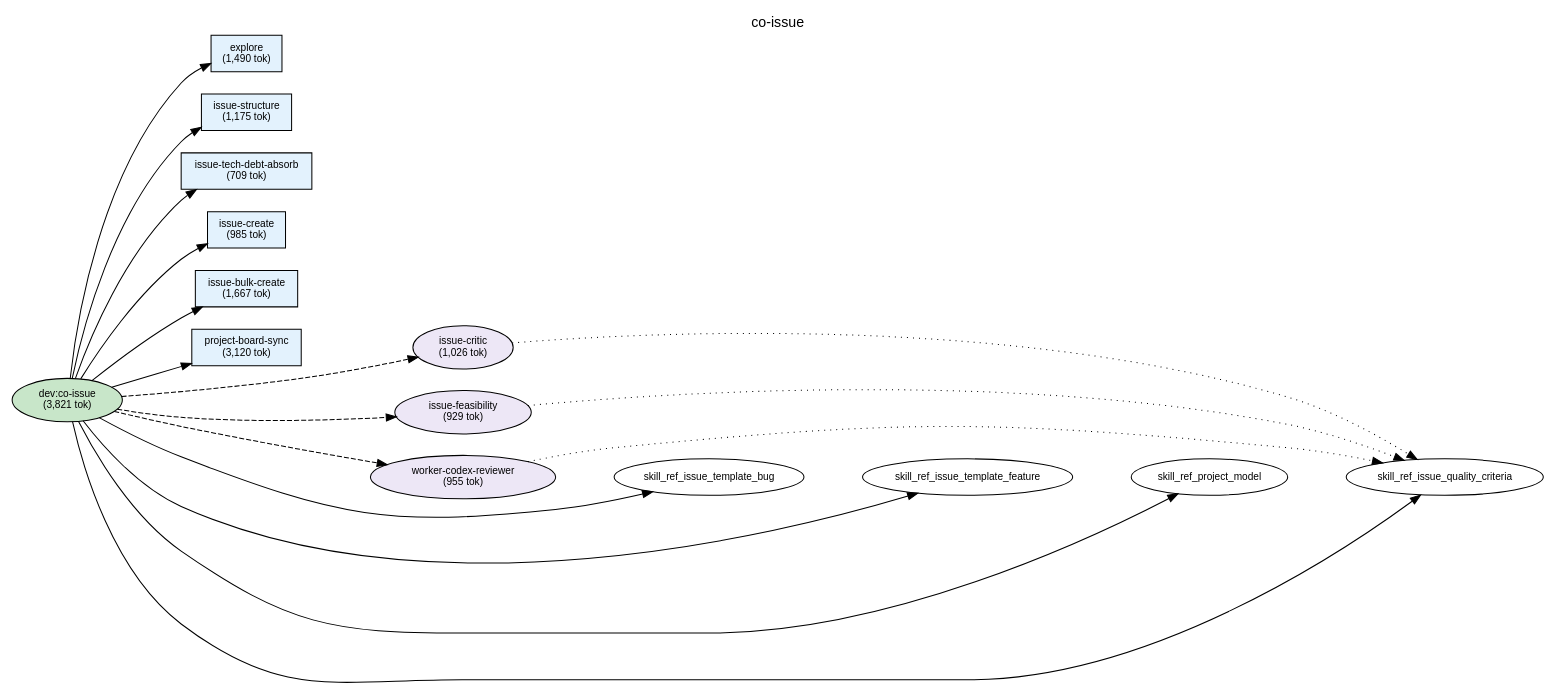
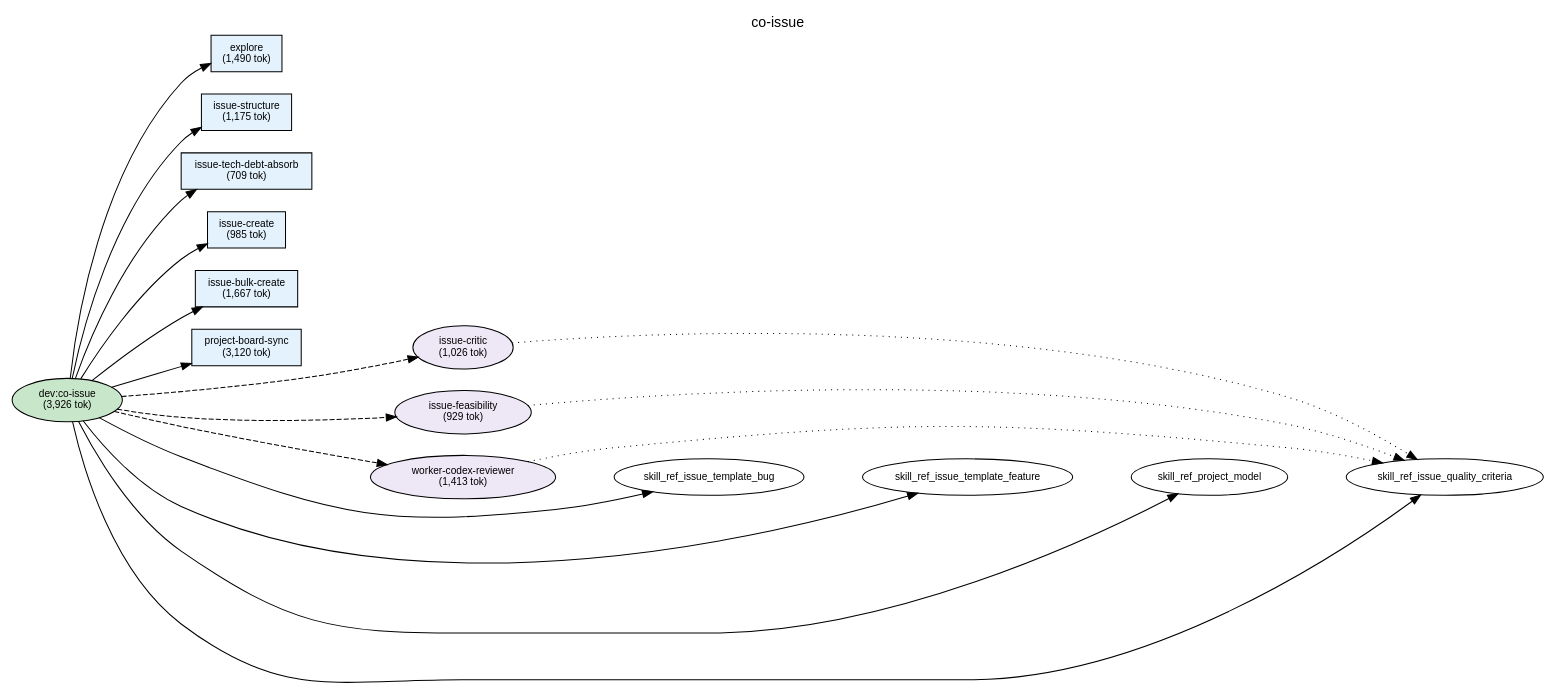
The diagram in plugins/dev/docs/deps-co-issue.dot (shuu5/twill), drawn with Graphviz before and after one commit. The commit also changed 14 other files, not shown here.

First line of the commit message:
fix(security): worker-codex-reviewerのプロンプトインジェクション対策を追加 (#172)

```diff
--- a/plugins/dev/docs/deps-co-issue.dot
+++ b/plugins/dev/docs/deps-co-issue.dot
@@ -1,78 +1,78 @@
 digraph Dependencies {
     // Graph settings
     rankdir=LR;
     ranksep=0.8;
     nodesep=0.3;
     fontname="Helvetica";
     node [fontname="Helvetica", fontsize=10];
     edge [fontname="Helvetica", fontsize=9];
     label="co-issue";
     labelloc=t;
     fontsize=14;
 
     // L0: Controller Skills
-    skill_co_issue [label="dev:co-issue\n(3,821 tok)", shape=ellipse, style=filled, fillcolor="#c8e6c9"];
+    skill_co_issue [label="dev:co-issue\n(3,926 tok)", shape=ellipse, style=filled, fillcolor="#c8e6c9"];
 
     // L0: Launchers
 
     // L0.5: Workflow Skills
 
     // Reference Skills
 
     // L1: Direct Commands
     cmd_issue_structure [label="issue-structure\n(1,175 tok)", shape=box, style=filled, fillcolor="#e3f2fd"];
     cmd_issue_create [label="issue-create\n(985 tok)", shape=box, style=filled, fillcolor="#e3f2fd"];
     cmd_issue_bulk_create [label="issue-bulk-create\n(1,667 tok)", shape=box, style=filled, fillcolor="#e3f2fd"];
     cmd_issue_tech_debt_absorb [label="issue-tech-debt-absorb\n(709 tok)", shape=box, style=filled, fillcolor="#e3f2fd"];
     cmd_project_board_sync [label="project-board-sync\n(3,120 tok)", shape=box, style=filled, fillcolor="#e3f2fd"];
     cmd_explore [label="explore\n(1,490 tok)", shape=box, style=filled, fillcolor="#e3f2fd"];
 
     // L2: Sub Commands
 
     // L3: Agents
     agent_issue_critic [label="issue-critic\n(1,026 tok)", shape=ellipse, style=filled, fillcolor="#ede7f6"];
     agent_issue_feasibility [label="issue-feasibility\n(929 tok)", shape=ellipse, style=filled, fillcolor="#ede7f6"];
-    agent_worker_codex_reviewer [label="worker-codex-reviewer\n(955 tok)", shape=ellipse, style=filled, fillcolor="#ede7f6"];
+    agent_worker_codex_reviewer [label="worker-codex-reviewer\n(1,413 tok)", shape=ellipse, style=filled, fillcolor="#ede7f6"];
 
     // L3.5: Scripts
 
     // L4: External
 
     // Layer constraints
     { rank=same; skill_co_issue; }
     { rank=same; cmd_issue_structure; cmd_issue_create; cmd_issue_bulk_create; cmd_issue_tech_debt_absorb; cmd_project_board_sync; cmd_explore; }
     { rank=same; agent_issue_critic; agent_issue_feasibility; agent_worker_codex_reviewer; }
 
     // Edges
     skill_co_issue -> cmd_explore;
     skill_co_issue -> cmd_issue_structure;
     skill_co_issue -> cmd_issue_tech_debt_absorb;
     skill_co_issue -> cmd_issue_create;
     skill_co_issue -> cmd_issue_bulk_create;
     skill_co_issue -> cmd_project_board_sync;
     skill_co_issue -> agent_issue_critic [style=dashed];
     skill_co_issue -> agent_issue_feasibility [style=dashed];
     skill_co_issue -> agent_worker_codex_reviewer [style=dashed];
     skill_co_issue -> skill_ref_issue_template_bug;
     skill_co_issue -> skill_ref_issue_template_feature;
     skill_co_issue -> skill_ref_project_model;
     skill_co_issue -> skill_ref_issue_quality_criteria;
     agent_issue_critic -> skill_ref_issue_quality_criteria [style=dotted];
     agent_issue_feasibility -> skill_ref_issue_quality_criteria [style=dotted];
     agent_worker_codex_reviewer -> skill_ref_issue_quality_criteria [style=dotted];
 
     // Ordering constraints (invisible edges)
     cmd_explore -> cmd_issue_structure [style=invis, weight=10];
     cmd_issue_structure -> cmd_issue_tech_debt_absorb [style=invis, weight=10];
     cmd_issue_tech_debt_absorb -> cmd_issue_create [style=invis, weight=10];
     cmd_issue_create -> cmd_issue_bulk_create [style=invis, weight=10];
     cmd_issue_bulk_create -> cmd_project_board_sync [style=invis, weight=10];
     cmd_project_board_sync -> agent_issue_critic [style=invis, weight=10];
     agent_issue_critic -> agent_issue_feasibility [style=invis, weight=10];
     agent_issue_feasibility -> agent_worker_codex_reviewer [style=invis, weight=10];
     agent_worker_codex_reviewer -> skill_ref_issue_template_bug [style=invis, weight=10];
     skill_ref_issue_template_bug -> skill_ref_issue_template_feature [style=invis, weight=10];
     skill_ref_issue_template_feature -> skill_ref_project_model [style=invis, weight=10];
     skill_ref_project_model -> skill_ref_issue_quality_criteria [style=invis, weight=10];
 
 }
```
